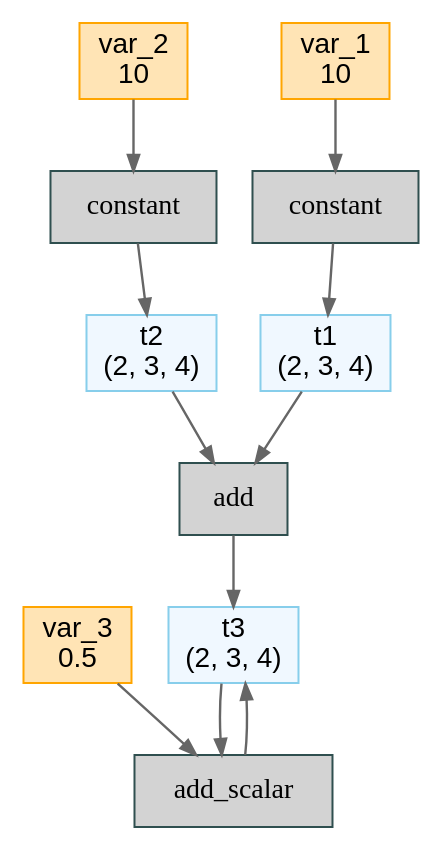
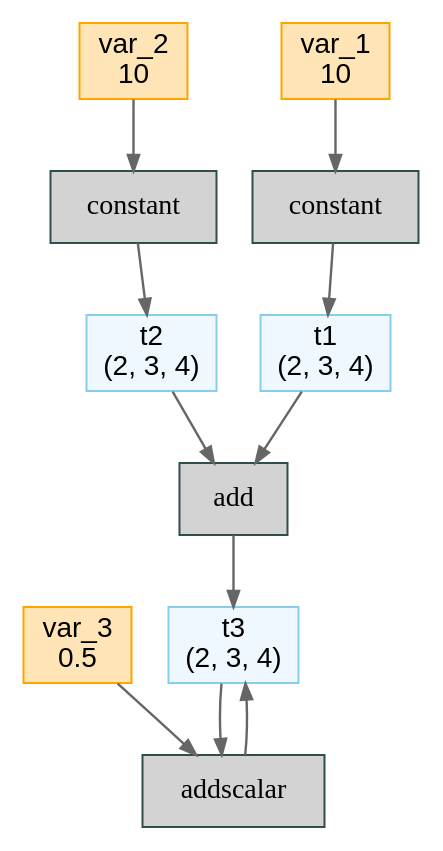
One commit to zhaziqwe/deepx changed the diagram in front/py/examples/2_ir/2_elementwise_add.dot. Above: the diagram before and after it, drawn with Graphviz. The commit also changed 38 other files, not shown here.

```diff
--- a/front/py/examples/2_ir/2_elementwise_add.dot
+++ b/front/py/examples/2_ir/2_elementwise_add.dot
@@ -1,31 +1,31 @@
 // Computational Graph
 digraph {
 	rankdir=TB
 	node [shape=record]
-	126596790137952 [label="t1
+	124025483544560 [label="t1
 (2, 3, 4)" color=skyblue fillcolor=aliceblue fontname="Sans-Serif" labeljust=l shape=box style=filled]
-	126598789456288 [label=constant color=darkslategray fillcolor=lightgray fontname="Courier Bold" labeljust=l shape=box style=filled]
-	126596790138480 [label="var_1
+	124023224089136 [label=constant color=darkslategray fillcolor=lightgray fontname="Courier Bold" labeljust=l shape=box style=filled]
+	124025483558240 [label="var_1
 10" color=orange fillcolor=moccasin fontname="Sans-Serif" labeljust=l shape=box style=filled]
-	126596789134640 [label="t2
+	124023224086304 [label="t2
 (2, 3, 4)" color=skyblue fillcolor=aliceblue fontname="Sans-Serif" labeljust=l shape=box style=filled]
-	126596789135936 [label=constant color=darkslategray fillcolor=lightgray fontname="Courier Bold" labeljust=l shape=box style=filled]
-	126596789135792 [label="var_2
+	124023224089184 [label=constant color=darkslategray fillcolor=lightgray fontname="Courier Bold" labeljust=l shape=box style=filled]
+	124023224085296 [label="var_2
 10" color=orange fillcolor=moccasin fontname="Sans-Serif" labeljust=l shape=box style=filled]
-	126596789135312 [label=add color=darkslategray fillcolor=lightgray fontname="Courier Bold" labeljust=l shape=box style=filled]
-	126596789136128 [label="t3
+	124023224088848 [label=add color=darkslategray fillcolor=lightgray fontname="Courier Bold" labeljust=l shape=box style=filled]
+	124023224089376 [label="t3
 (2, 3, 4)" color=skyblue fillcolor=aliceblue fontname="Sans-Serif" labeljust=l shape=box style=filled]
-	126596789136320 [label=add_scalar color=darkslategray fillcolor=lightgray fontname="Courier Bold" labeljust=l shape=box style=filled]
-	126596789136272 [label="var_3
+	124023224089568 [label=addscalar color=darkslategray fillcolor=lightgray fontname="Courier Bold" labeljust=l shape=box style=filled]
+	124023224089520 [label="var_3
 0.5" color=orange fillcolor=moccasin fontname="Sans-Serif" labeljust=l shape=box style=filled]
-	126598789456288 -> 126596790137952 [arrowsize=0.8 color=gray40 penwidth=1.2]
-	126596790138480 -> 126598789456288 [arrowsize=0.8 color=gray40 penwidth=1.2]
-	126596789135936 -> 126596789134640 [arrowsize=0.8 color=gray40 penwidth=1.2]
-	126596789135792 -> 126596789135936 [arrowsize=0.8 color=gray40 penwidth=1.2]
-	126596790137952 -> 126596789135312 [arrowsize=0.8 color=gray40 penwidth=1.2]
-	126596789134640 -> 126596789135312 [arrowsize=0.8 color=gray40 penwidth=1.2]
-	126596789135312 -> 126596789136128 [arrowsize=0.8 color=gray40 penwidth=1.2]
-	126596789136320 -> 126596789136128 [arrowsize=0.8 color=gray40 penwidth=1.2]
-	126596789136128 -> 126596789136320 [arrowsize=0.8 color=gray40 penwidth=1.2]
-	126596789136272 -> 126596789136320 [arrowsize=0.8 color=gray40 penwidth=1.2]
+	124023224089136 -> 124025483544560 [arrowsize=0.8 color=gray40 penwidth=1.2]
+	124025483558240 -> 124023224089136 [arrowsize=0.8 color=gray40 penwidth=1.2]
+	124023224089184 -> 124023224086304 [arrowsize=0.8 color=gray40 penwidth=1.2]
+	124023224085296 -> 124023224089184 [arrowsize=0.8 color=gray40 penwidth=1.2]
+	124025483544560 -> 124023224088848 [arrowsize=0.8 color=gray40 penwidth=1.2]
+	124023224086304 -> 124023224088848 [arrowsize=0.8 color=gray40 penwidth=1.2]
+	124023224088848 -> 124023224089376 [arrowsize=0.8 color=gray40 penwidth=1.2]
+	124023224089568 -> 124023224089376 [arrowsize=0.8 color=gray40 penwidth=1.2]
+	124023224089376 -> 124023224089568 [arrowsize=0.8 color=gray40 penwidth=1.2]
+	124023224089520 -> 124023224089568 [arrowsize=0.8 color=gray40 penwidth=1.2]
 }
```
